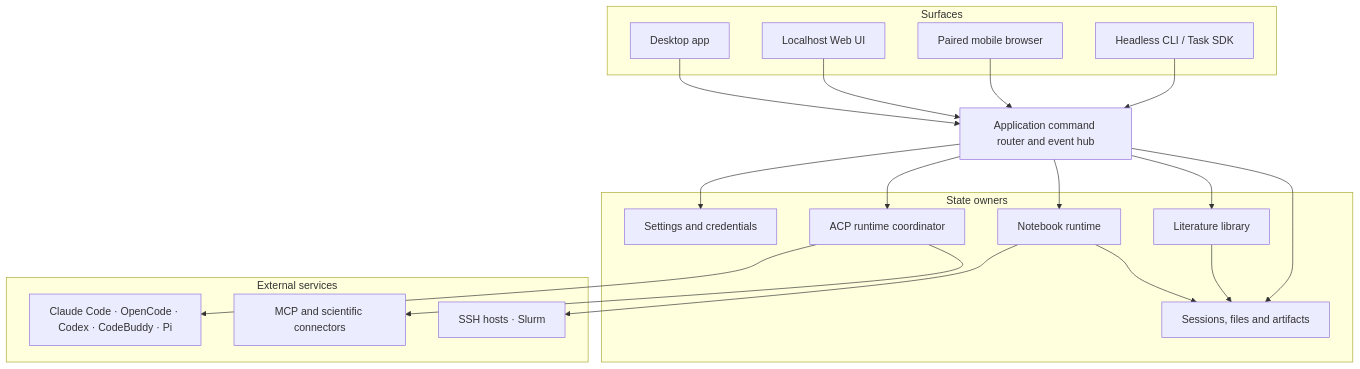
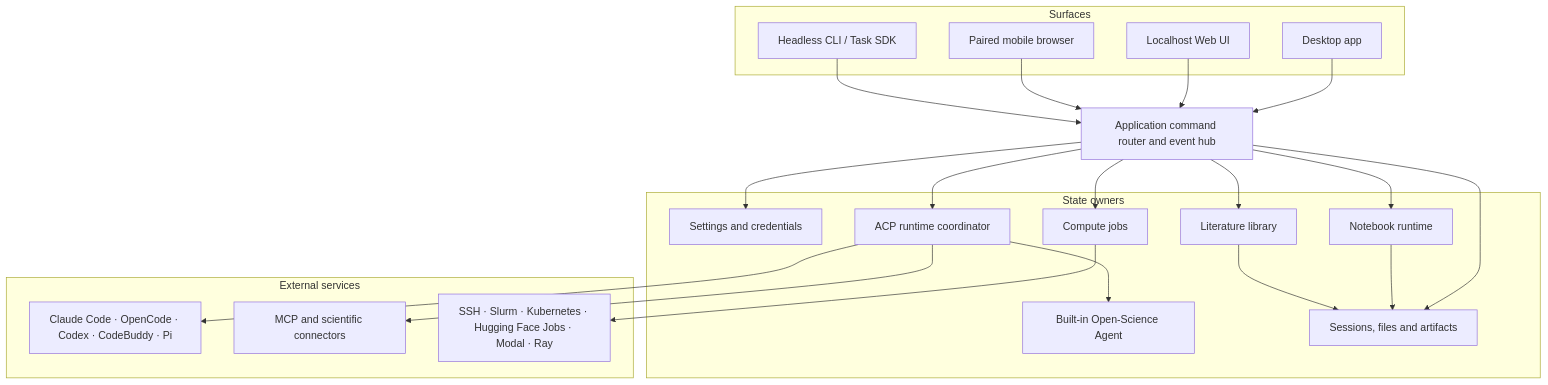
One commit to aipoch/open-science changed the diagram in docs/ROADMAP.md. Above: the diagram before and after it, drawn with Mermaid. The commit also changed other lines of this file and 5 other files, not shown here.

````diff
--- a/docs/ROADMAP.md
+++ b/docs/ROADMAP.md
@@ -5,33 +5,36 @@
 ```mermaid
 flowchart TB
   subgraph Surfaces
     Desktop[Desktop app]
     Web[Localhost Web UI]
     Mobile[Paired mobile browser]
     CLI[Headless CLI / Task SDK]
   end
 
   Router[Application command router and event hub]
 
   subgraph Owners[State owners]
     Settings[Settings and credentials]
     ACP[ACP runtime coordinator]
+    Builtin[Built-in Open-Science Agent]
     Notebook[Notebook runtime]
+    Jobs[Compute jobs]
     Library[Literature library]
     Store[Sessions, files and artifacts]
   end
 
   subgraph External[External services]
     Frameworks[Claude Code · OpenCode · Codex · CodeBuddy · Pi]
     Connectors[MCP and scientific connectors]
-    Compute[SSH hosts · Slurm]
+    Compute[SSH · Slurm · Kubernetes · Hugging Face Jobs · Modal · Ray]
   end
 
   Desktop & Web & Mobile & CLI --> Router
-  Router --> Settings & ACP & Notebook & Library & Store
+  Router --> Settings & ACP & Notebook & Jobs & Library & Store
+  ACP --> Builtin
   ACP --> Frameworks
   ACP --> Connectors
-  Notebook --> Compute
+  Jobs --> Compute
   Notebook --> Store
   Library --> Store
 ```
````
